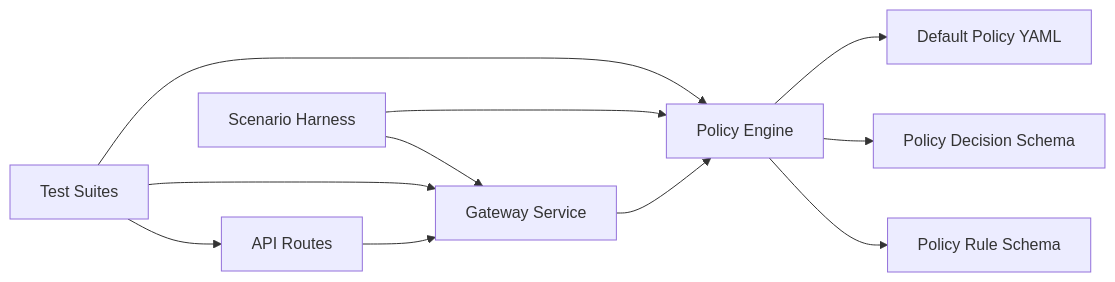
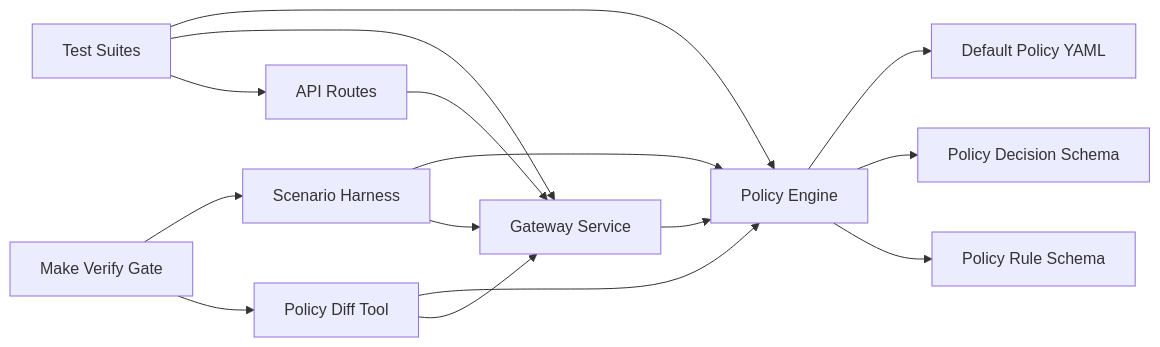
Before and after one commit to metasync/luban-aiops: the eighth of 8 diagrams in .qoder/repowiki/en/content/Policy Management/Policy Testing and Validation.md, drawn with Mermaid. The commit also changed other lines of this file and 35 other files, not shown here.

````diff
--- a/.qoder/repowiki/en/content/Policy Management/Policy Testing and Validation.md
+++ b/.qoder/repowiki/en/content/Policy Management/Policy Testing and Validation.md
@@ -377,13 +486,17 @@
 ```mermaid
 graph LR
 Routes["API Routes"] --> Gateway["Gateway Service"]
 Gateway --> Engine["Policy Engine"]
 Engine --> PolicyYAML["Default Policy YAML"]
 Engine --> SchemaDec["Policy Decision Schema"]
 Engine --> SchemaRule["Policy Rule Schema"]
 Tests["Test Suites"] --> Engine
 Tests --> Gateway
 Tests --> Routes
 ScenarioHarness["Scenario Harness"] --> Engine
 ScenarioHarness --> Gateway
+DiffTool["Policy Diff Tool"] --> Engine
+DiffTool --> Gateway
+MakeVerify["Make Verify Gate"] --> ScenarioHarness
+MakeVerify --> DiffTool
 ```
````
